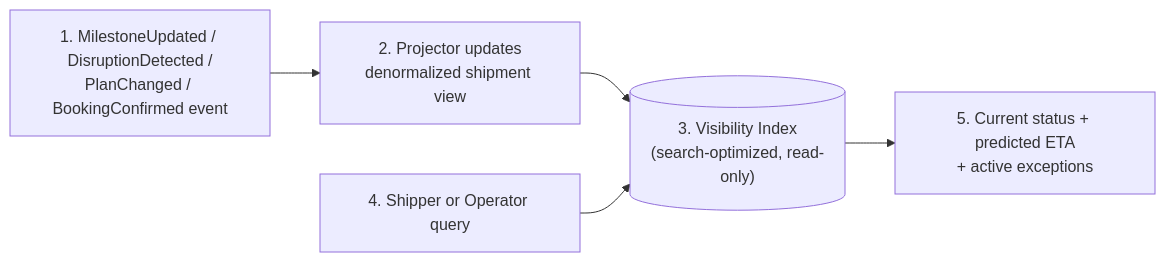
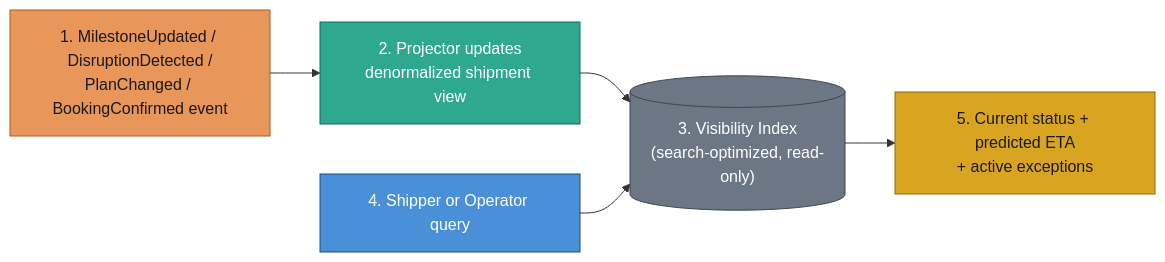
Before and after one commit to Pratyush576/CodingPractice: diagram 16 of 36 in lib/src/main/java/org/pk/practices/design/supplychain/DESIGN.md, drawn with Mermaid. The commit also changed other lines of this file and 5 other files, not shown here.

Commit message:
Enhanced the diagrams

````diff
--- a/lib/src/main/java/org/pk/practices/design/supplychain/DESIGN.md
+++ b/lib/src/main/java/org/pk/practices/design/supplychain/DESIGN.md
@@ -1224,7 +1368,18 @@
 ```mermaid
 flowchart LR
     A["1. MilestoneUpdated / DisruptionDetected /<br/>PlanChanged / BookingConfirmed event"] --> B["2. Projector updates<br/>denormalized shipment view"]
     B --> C[("3. Visibility Index<br/>(search-optimized, read-only)")]
     D["4. Shipper or Operator query"] --> C
     C --> E["5. Current status + predicted ETA<br/>+ active exceptions"]
+
+    classDef event fill:#e8965a,stroke:#a85c1f,color:#1a1a1a
+    classDef process fill:#2ea88f,stroke:#146b58,color:#ffffff
+    classDef store fill:#6b7785,stroke:#3d454e,color:#ffffff
+    classDef client fill:#4a90d9,stroke:#1c4e78,color:#ffffff
+    classDef outcome fill:#d9a521,stroke:#8a6a0f,color:#1a1a1a
+    class A event
+    class B process
+    class C store
+    class D client
+    class E outcome
 ```
````
